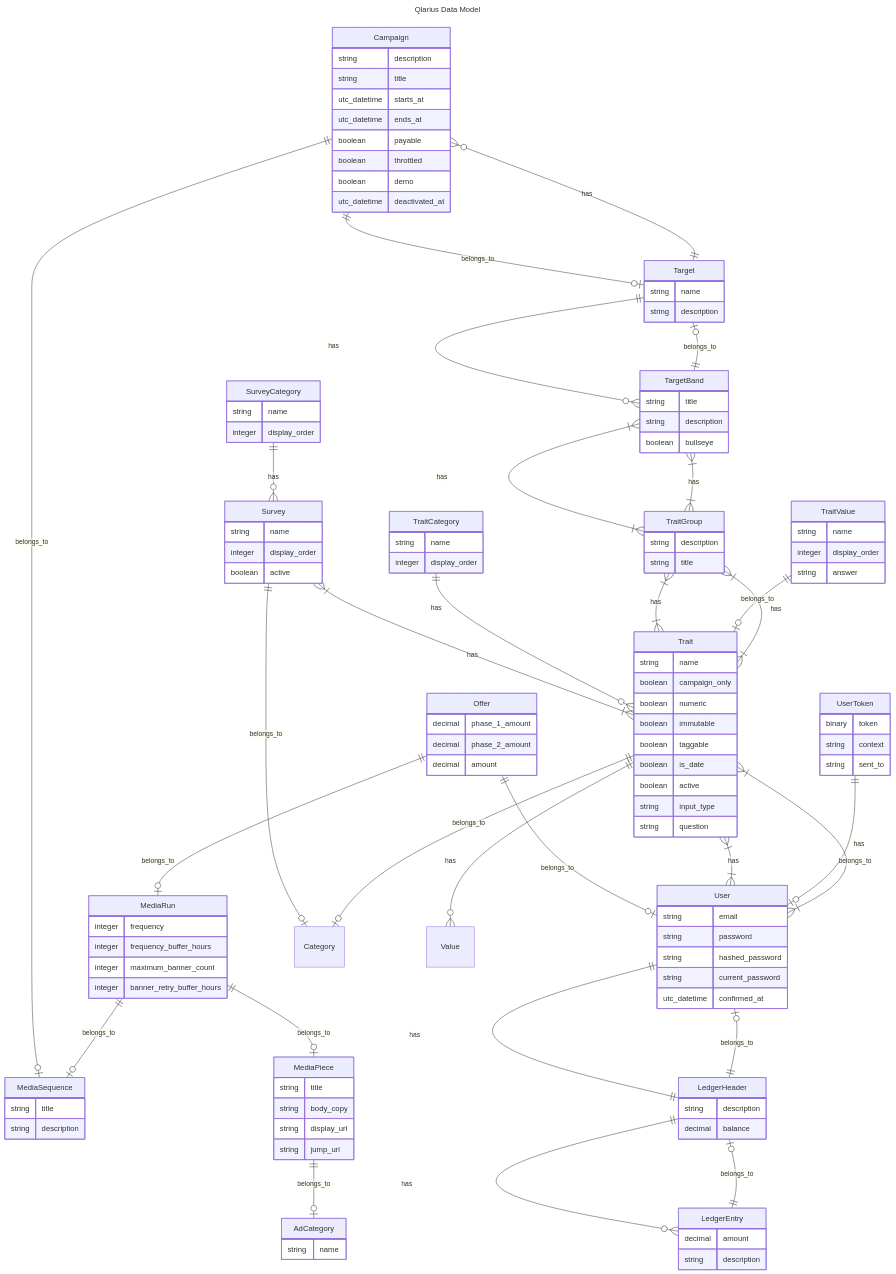
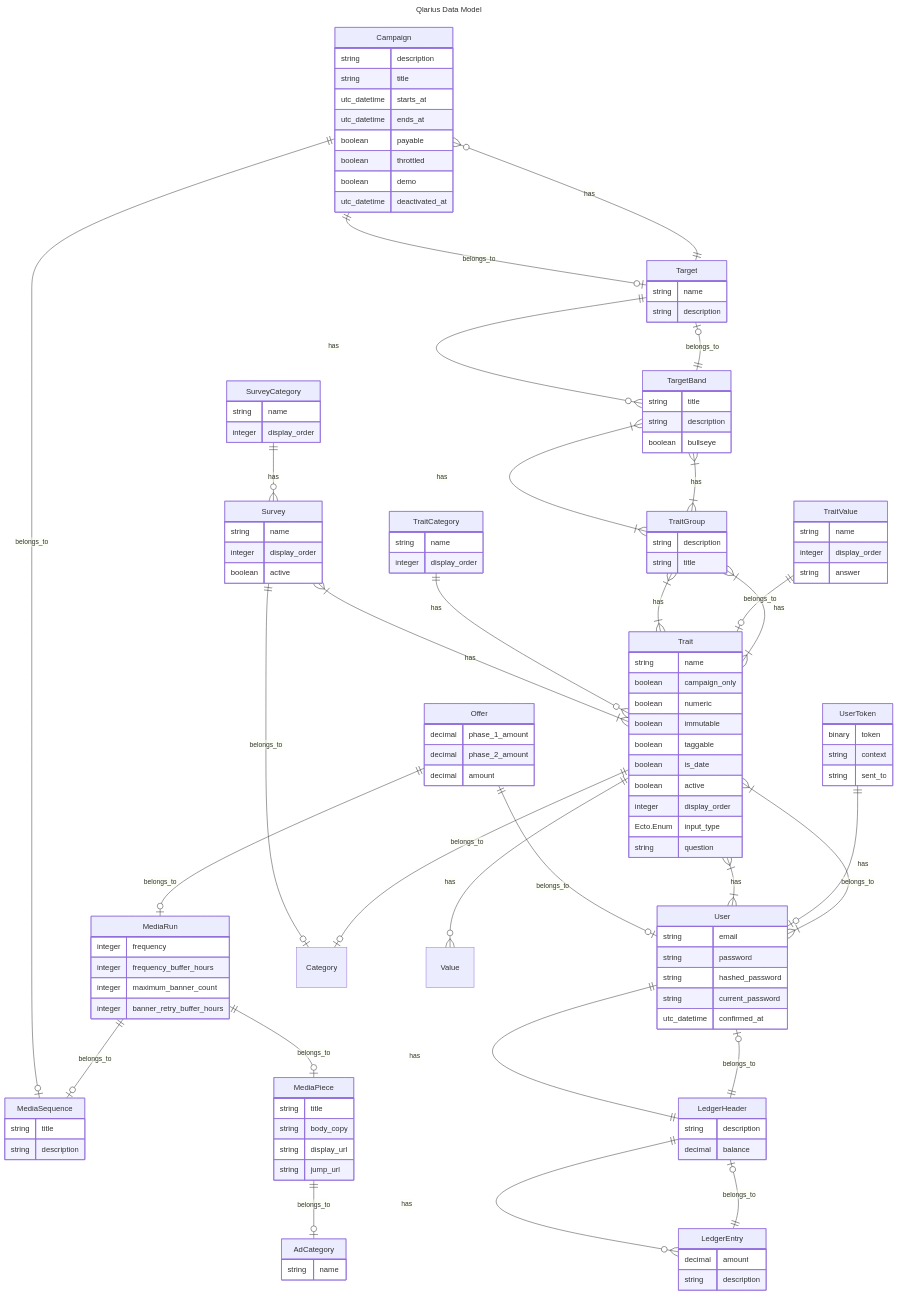
One commit to Qlarius/qlarius changed the diagram in docs/data_model.mmd. Above: the diagram before and after it, drawn with Mermaid. The commit also changed 4 other files, not shown here.

```diff
--- a/docs/data_model.mmd
+++ b/docs/data_model.mmd
@@ -1,146 +1,147 @@
 ---
 title: Qlarius Data Model
 ---
 erDiagram
     Campaign ||--o| MediaSequence : belongs_to
     Campaign ||--o| Target : belongs_to
     LedgerEntry ||--o| LedgerHeader : belongs_to
     LedgerHeader ||--o{ LedgerEntry : has
     LedgerHeader ||--o| User : belongs_to
     MediaPiece ||--o| AdCategory : belongs_to
     MediaRun ||--o| MediaPiece : belongs_to
     MediaRun ||--o| MediaSequence : belongs_to
     Offer ||--o| MediaRun : belongs_to
     Offer ||--o| User : belongs_to
     Survey ||--o| Category : belongs_to
     Survey }|--|{ Trait : has
     SurveyCategory ||--o{ Survey : has
     Target ||--o{ Campaign : has
     Target ||--o{ TargetBand : has
     TargetBand ||--o| Target : belongs_to
     TargetBand }|--|{ TraitGroup : has
     Trait ||--o{ Value : has
     Trait ||--o| Category : belongs_to
     Trait }|--|{ TraitGroup : has
     Trait }|--|{ User : has
     TraitCategory ||--o{ Trait : has
     TraitGroup }|--|{ TargetBand : has
     TraitGroup }|--|{ Trait : has
     TraitValue ||--o| Trait : belongs_to
     User ||--|| LedgerHeader : has
     User }|--|{ Trait : has
     UserToken ||--o| User : belongs_to
 
     Trait {
         string name
         boolean campaign_only
         boolean numeric
         boolean immutable
         boolean taggable
         boolean is_date
         boolean active
-        string input_type
+        integer display_order
+        Ecto.Enum input_type
         string question
     }
 
     TraitCategory {
         string name
         integer display_order
     }
 
     TraitValue {
         string name
         integer display_order
         string answer
     }
 
     Offer {
         decimal phase_1_amount
         decimal phase_2_amount
         decimal amount
     }
 
     User {
         string email
         string password
         string hashed_password
         string current_password
         utc_datetime confirmed_at
     }
 
     UserToken {
         binary token
         string context
         string sent_to
     }
 
     SurveyCategory {
         string name
         integer display_order
     }
 
     Survey {
         string name
         integer display_order
         boolean active
     }
 
     MediaSequence {
         string title
         string description
     }
 
     MediaRun {
         integer frequency
         integer frequency_buffer_hours
         integer maximum_banner_count
         integer banner_retry_buffer_hours
     }
 
     MediaPiece {
         string title
         string body_copy
         string display_url
         string jump_url
     }
 
     LedgerEntry {
         decimal amount
         string description
     }
 
     AdCategory {
         string name
     }
 
     TargetBand {
         string title
         string description
         boolean bullseye
     }
 
     TraitGroup {
         string description
         string title
     }
 
     Campaign {
         string description
         string title
         utc_datetime starts_at
         utc_datetime ends_at
         boolean payable
         boolean throttled
         boolean demo
         utc_datetime deactivated_at
     }
 
     Target {
         string name
         string description
     }
 
     LedgerHeader {
         string description
         decimal balance
     }
```
